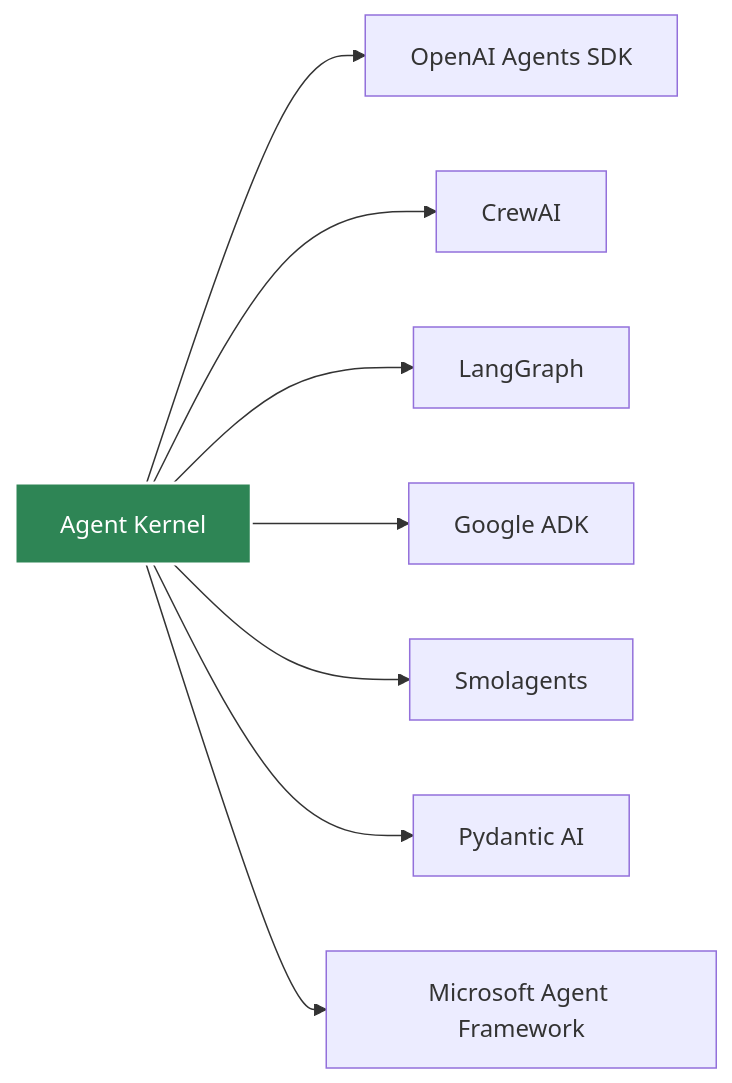
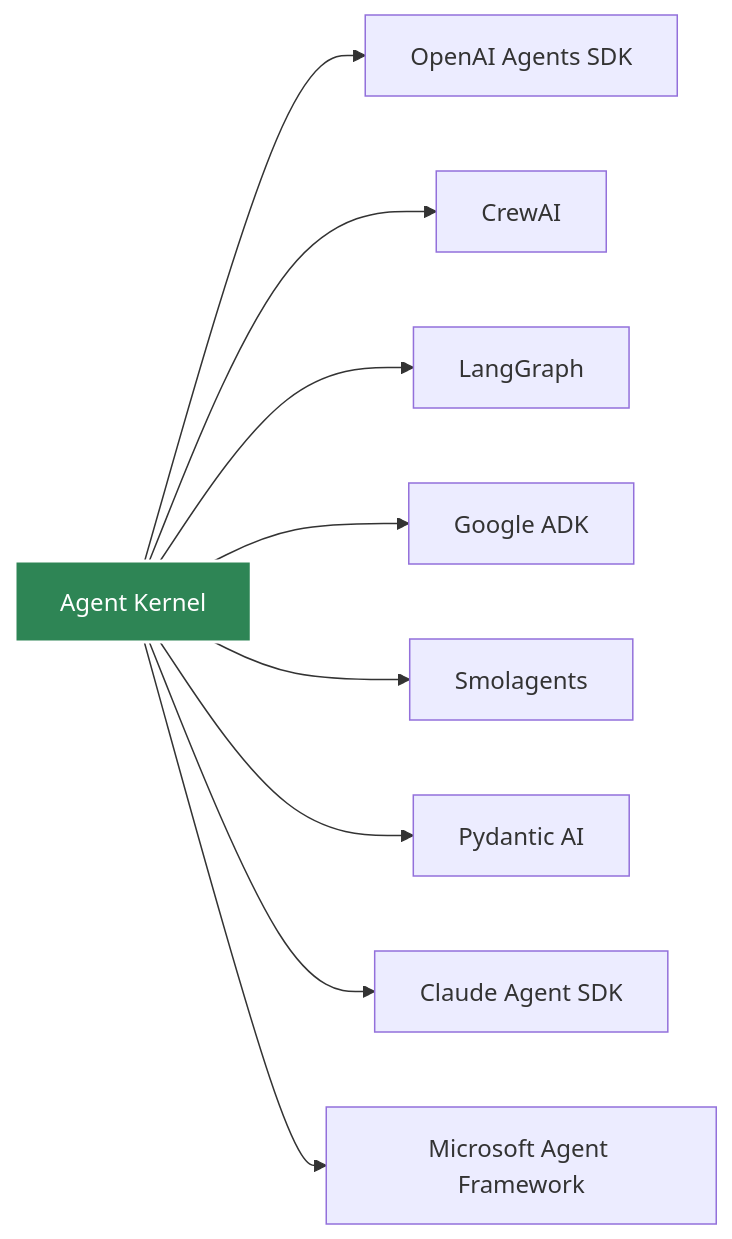
The diagram in docs/docs/frameworks/overview.md (yaalalabs/agent-kernel), drawn with Mermaid before and after one commit. The commit also changed other lines of this file and 113 other files, not shown here.

First line of the commit message:
feat: add Claude Agent SDK framework adapter  (#833)

````diff
--- a/docs/docs/frameworks/overview.md
+++ b/docs/docs/frameworks/overview.md
@@ -11,12 +11,13 @@
 ```mermaid
 graph LR
     A[Agent Kernel] --> B[OpenAI Agents SDK]
     A --> C[CrewAI]
     A --> D[LangGraph]
     A --> E[Google ADK]
     A --> F[Smolagents]
     A --> G[Pydantic AI]
+    A --> H[Claude Agent SDK]
     A --> M[Microsoft Agent Framework]
     
     style A fill:#2e8555,stroke:#fff,stroke-width:2px,color:#fff
 ```
````
